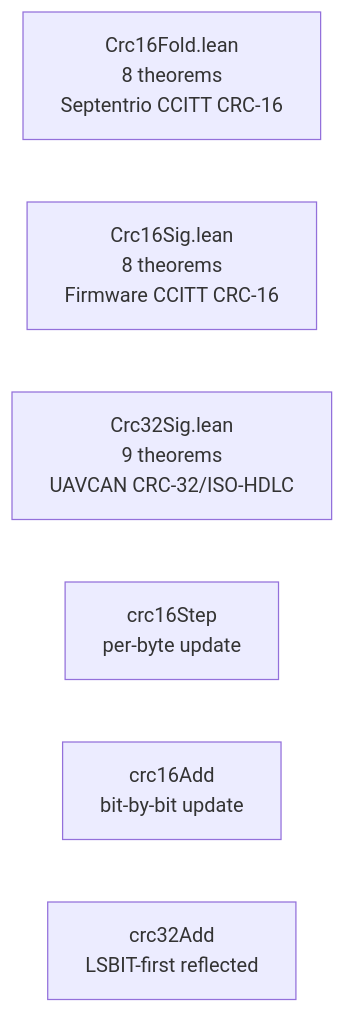
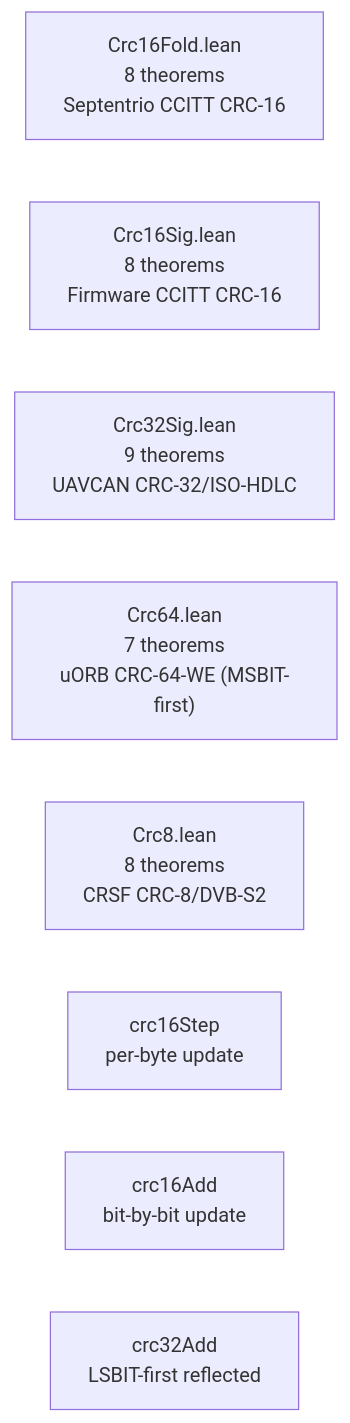
The ninth of 17 diagrams in formal-verification/REPORT.md (fsprojects/PX4-Autopilot), drawn with Mermaid before and after one commit. The commit also changed other lines of this file and 3 other files, not shown here.

````diff
--- a/formal-verification/REPORT.md
+++ b/formal-verification/REPORT.md
@@ -262,9 +275,11 @@
 ```mermaid
 graph LR
     CF["Crc16Fold.lean<br/>8 theorems<br/>Septentrio CCITT CRC-16"]
     CS["Crc16Sig.lean<br/>8 theorems<br/>Firmware CCITT CRC-16"]
     C32["Crc32Sig.lean<br/>9 theorems<br/>UAVCAN CRC-32/ISO-HDLC"]
+    C64["Crc64.lean<br/>7 theorems<br/>uORB CRC-64-WE (MSBIT-first)"]
+    C8["Crc8.lean<br/>8 theorems<br/>CRSF CRC-8/DVB-S2"]
     S1["crc16Step<br/>per-byte update"]
     S2["crc16Add<br/>bit-by-bit update"]
     S3["crc32Add<br/>LSBIT-first reflected"]
 ```
````
